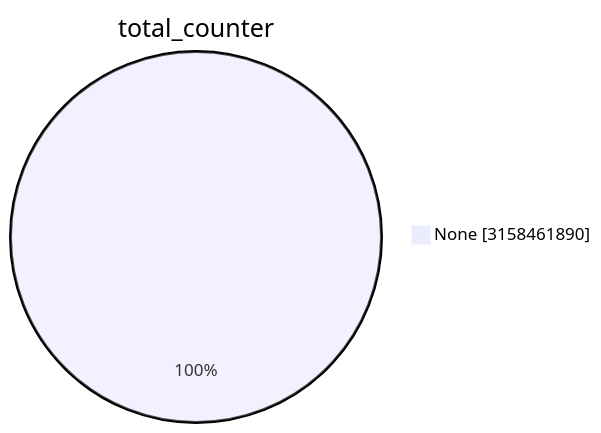
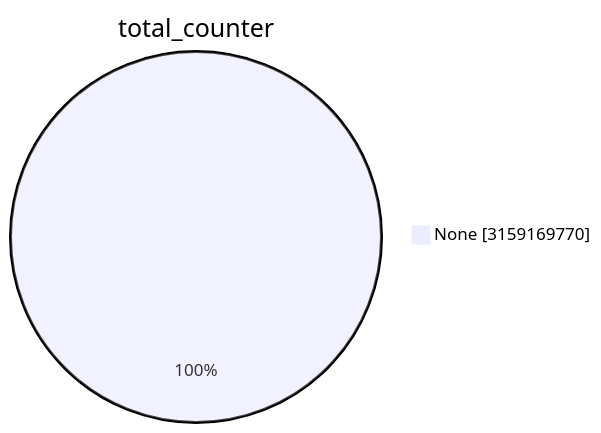
Before and after one commit to christiankrug/ctmonitor_visualization: the first of 15 diagrams in TOTAL/README.md, drawn with Mermaid. The commit also changed other lines of this file, not shown here.

````diff
--- a/TOTAL/README.md
+++ b/TOTAL/README.md
@@ -1,5 +1,5 @@
 ```mermaid
 pie showData
 title total_counter
-"None" :3158461890
+"None" :3159169770
 ```
````
